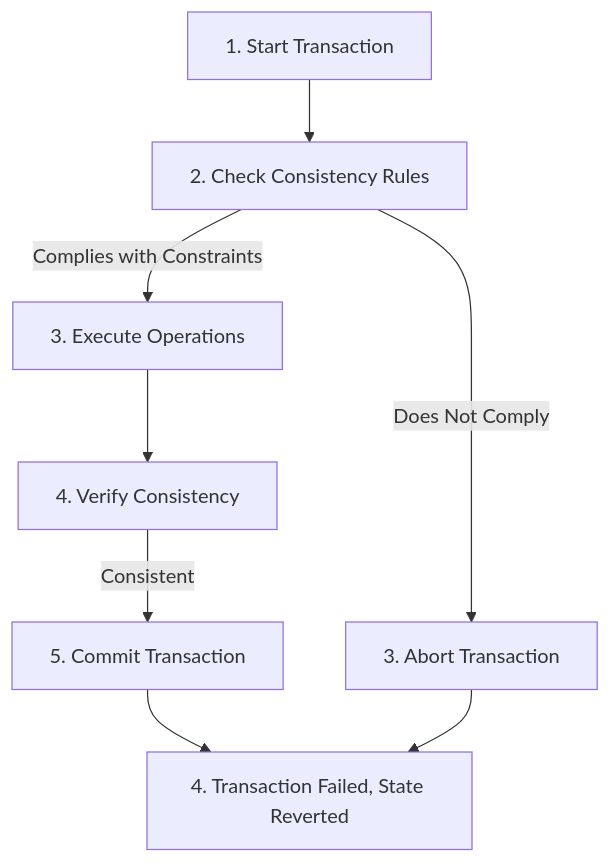
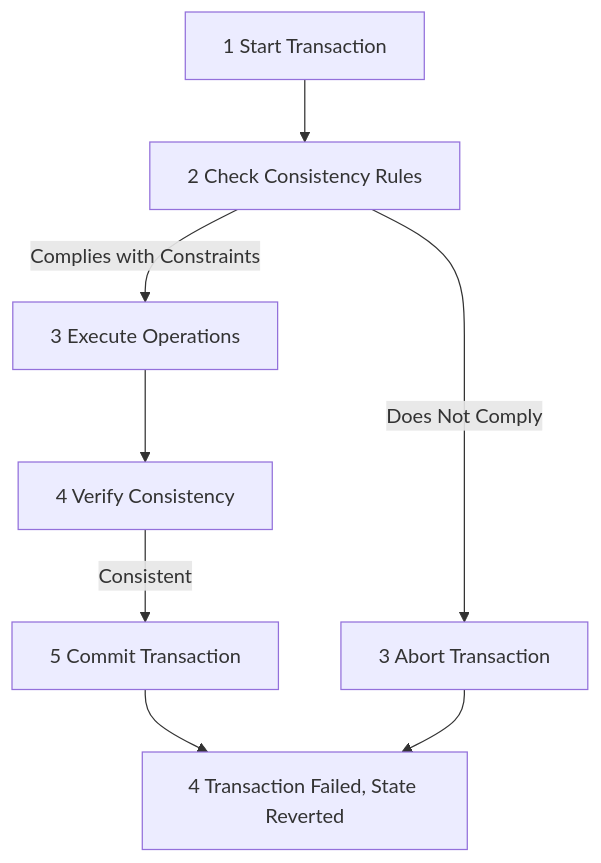
One commit to uwspstar/From-Zero-to-Hero changed the second of 4 diagrams in System-Design/ACID principle.md. Above: the diagram before and after it, drawn with Mermaid. The commit also changed other lines of this file, not shown here.

````diff
--- a/System-Design/ACID principle.md
+++ b/System-Design/ACID principle.md
@@ -25,10 +25,10 @@
 ```mermaid
 flowchart TD
-    Start[1. Start Transaction] --> CheckRules[2. Check Consistency Rules]
-    CheckRules -->|Complies with Constraints| Execute[3. Execute Operations]
-    Execute --> CheckConsistency[4. Verify Consistency]
-    CheckConsistency -->|Consistent| Commit[5. Commit Transaction]
-    Commit --> End[6. Transaction Completed Successfully]
-    CheckRules -->|Does Not Comply| Abort[3. Abort Transaction]
-    Abort --> End[4. Transaction Failed, State Reverted]
+    Start[1 Start Transaction] --> CheckRules[2 Check Consistency Rules]
+    CheckRules -->|Complies with Constraints| Execute[3 Execute Operations]
+    Execute --> CheckConsistency[4 Verify Consistency]
+    CheckConsistency -->|Consistent| Commit[5 Commit Transaction]
+    Commit --> End[6 Transaction Completed Successfully]
+    CheckRules -->|Does Not Comply| Abort[3 Abort Transaction]
+    Abort --> End[4 Transaction Failed, State Reverted]
 ```
````
